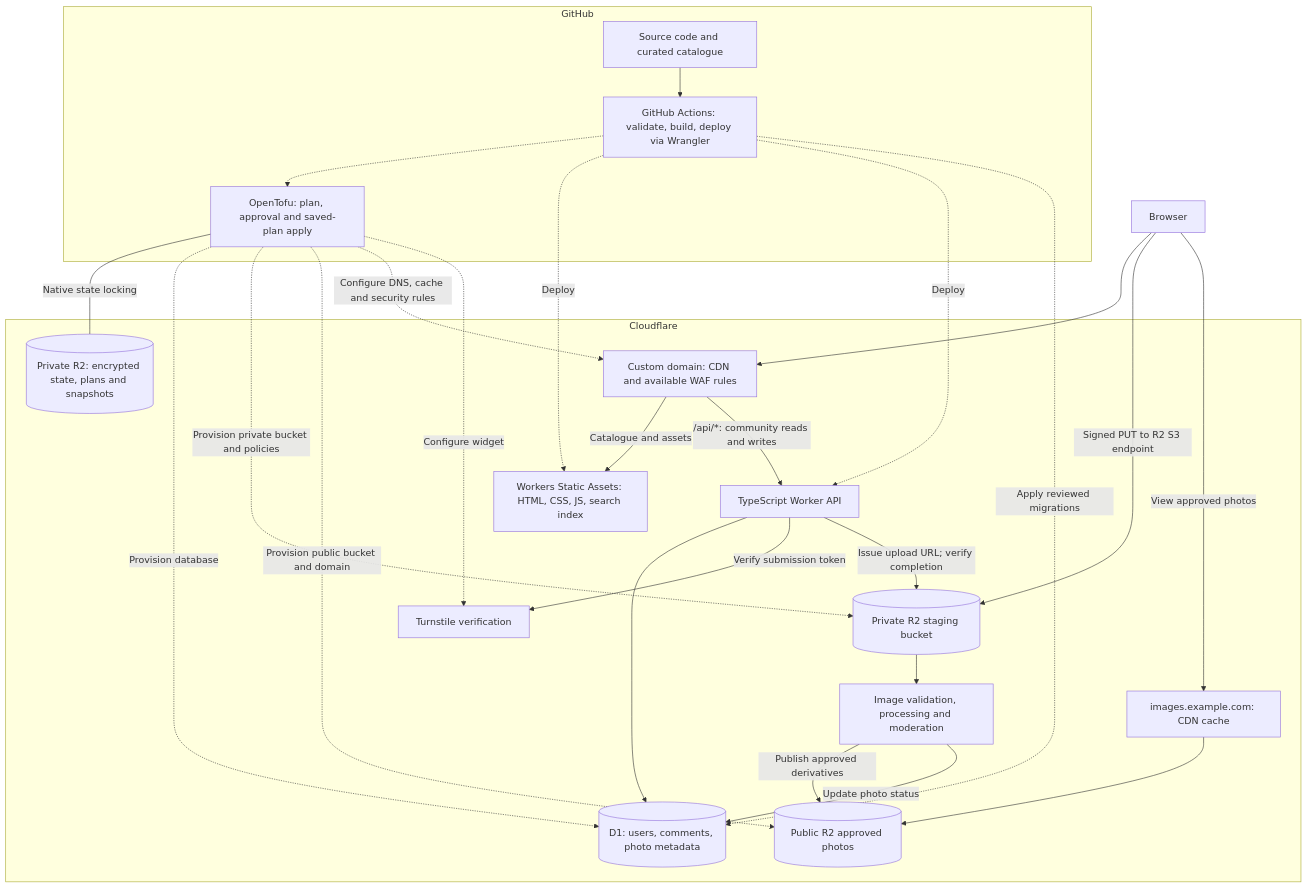
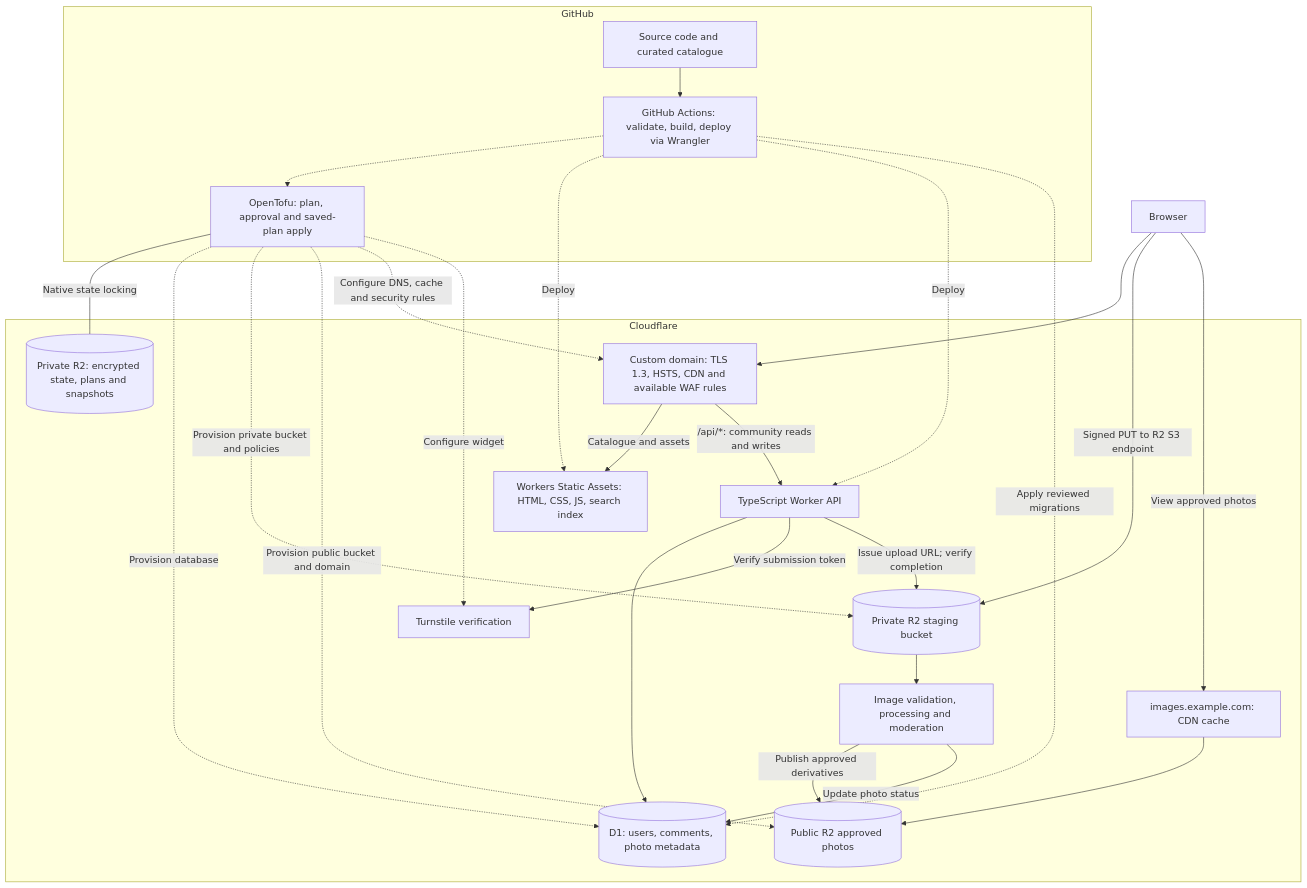
Before and after one commit to drewfreyling/velogroupsets: the diagram in README.md, drawn with Mermaid. The commit also changed other lines of this file and 8 other files, not shown here.

Commit message:
feat(infra): enforce TLS 1.3 HTTPS redirects and HSTS

````diff
--- a/README.md
+++ b/README.md
@@ -32,48 +32,48 @@
 ```mermaid
 flowchart TD
     Browser["Browser"]
 
     subgraph GitHub["GitHub"]
         Repo["Source code and curated catalogue"]
         CI["GitHub Actions: validate, build, deploy via Wrangler"]
         TF["OpenTofu: plan, approval and saved-plan apply"]
         Repo --> CI
         CI -.-> TF
     end
 
     subgraph Cloudflare["Cloudflare"]
         State[("Private R2: encrypted state, plans and snapshots")]
-        Edge["Custom domain: CDN and available WAF rules"]
+        Edge["Custom domain: TLS 1.3, HSTS, CDN and available WAF rules"]
         Static["Workers Static Assets: HTML, CSS, JS, search index"]
         API["TypeScript Worker API"]
         DB[("D1: users, comments, photo metadata")]
         Staging[("Private R2 staging bucket")]
         Processing["Image validation, processing and moderation"]
         Photos[("Public R2 approved photos")]
         ImageCDN["images.example.com: CDN cache"]
         Turnstile["Turnstile verification"]
 
         Edge -->|"Catalogue and assets"| Static
         Edge -->|"/api/*: community reads and writes"| API
         API --> DB
         API -->|"Verify submission token"| Turnstile
         API -->|"Issue upload URL; verify completion"| Staging
         Staging --> Processing
         Processing -->|"Publish approved derivatives"| Photos
         Processing -->|"Update photo status"| DB
         ImageCDN --> Photos
     end
 
     TF ---|"Native state locking"| State
     Browser --> Edge
     Browser -->|"Signed PUT to R2 S3 endpoint"| Staging
     Browser -->|"View approved photos"| ImageCDN
     CI -.->|"Deploy"| Static
     CI -.->|"Deploy"| API
     CI -.->|"Apply reviewed migrations"| DB
     TF -.->|"Provision database"| DB
     TF -.->|"Provision private bucket and policies"| Staging
     TF -.->|"Provision public bucket and domain"| Photos
     TF -.->|"Configure DNS, cache and security rules"| Edge
     TF -.->|"Configure widget"| Turnstile
 ```
````
